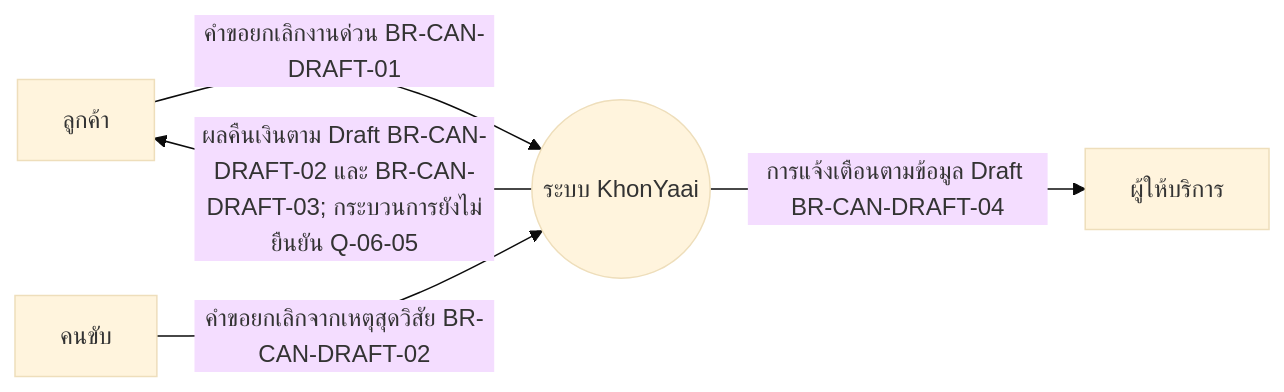
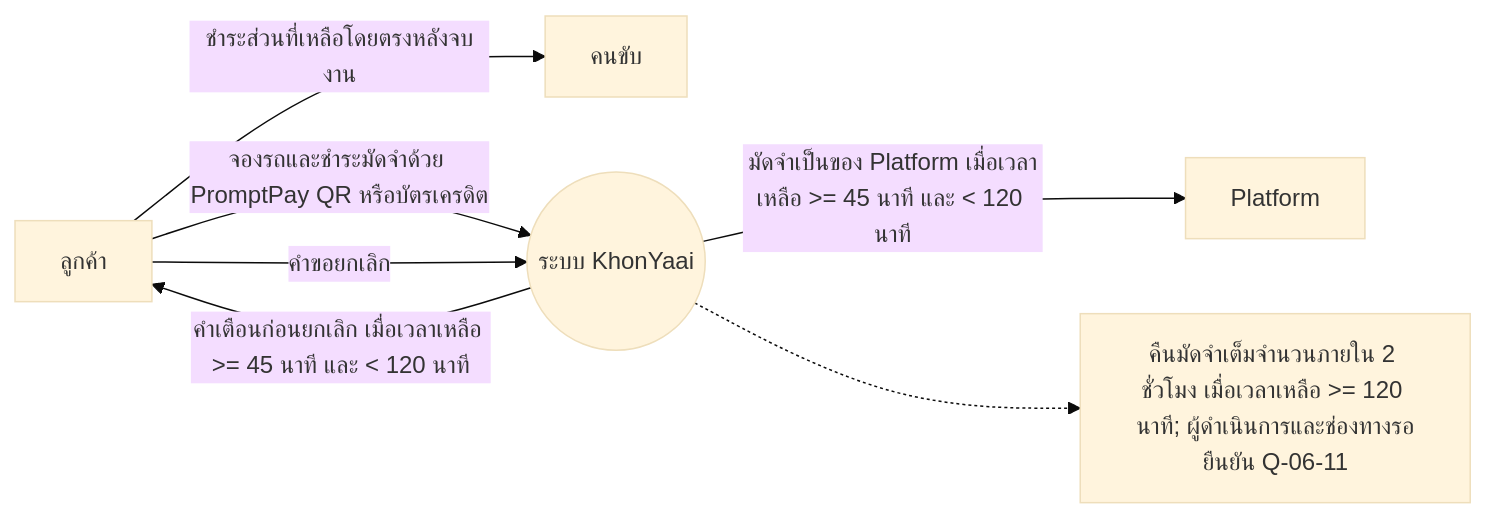
The first of 4 diagrams in specs/006-cancle/models.md (nninizz/KhonYaai-Booking), drawn with Mermaid (base theme) before and after one commit. The commit also changed other lines of this file and 3 other files, not shown here.

````diff
--- a/specs/006-cancle/models.md
+++ b/specs/006-cancle/models.md
@@ -9,12 +9,15 @@
 ```mermaid
 flowchart LR
   Customer[ลูกค้า]
   Driver[คนขับ]
-  Provider[ผู้ให้บริการ]
+  Platform[Platform]
   KhonYaai((ระบบ KhonYaai))
+  RefundNote["คืนมัดจำเต็มจำนวนภายใน 2 ชั่วโมง เมื่อเวลาเหลือ >= 120 นาที; ผู้ดำเนินการและช่องทางรอยืนยัน Q-06-11"]
 
-  Customer -->|คำขอยกเลิกงานด่วน BR-CAN-DRAFT-01| KhonYaai
-  Driver -->|คำขอยกเลิกจากเหตุสุดวิสัย BR-CAN-DRAFT-02| KhonYaai
-  KhonYaai -->|การแจ้งเตือนตามข้อมูล Draft BR-CAN-DRAFT-04| Provider
-  KhonYaai -->|ผลคืนเงินตาม Draft BR-CAN-DRAFT-02 และ BR-CAN-DRAFT-03; กระบวนการยังไม่ยืนยัน Q-06-05| Customer
+  Customer -->|จองรถและชำระมัดจำด้วย PromptPay QR หรือบัตรเครดิต| KhonYaai
+  Customer -->|คำขอยกเลิก| KhonYaai
+  KhonYaai -->|คำเตือนก่อนยกเลิก เมื่อเวลาเหลือ >= 45 นาที และ < 120 นาที| Customer
+  KhonYaai -->|มัดจำเป็นของ Platform เมื่อเวลาเหลือ >= 45 นาที และ < 120 นาที| Platform
+  KhonYaai -.-> RefundNote
+  Customer -->|ชำระส่วนที่เหลือโดยตรงหลังจบงาน| Driver
 ```
````
